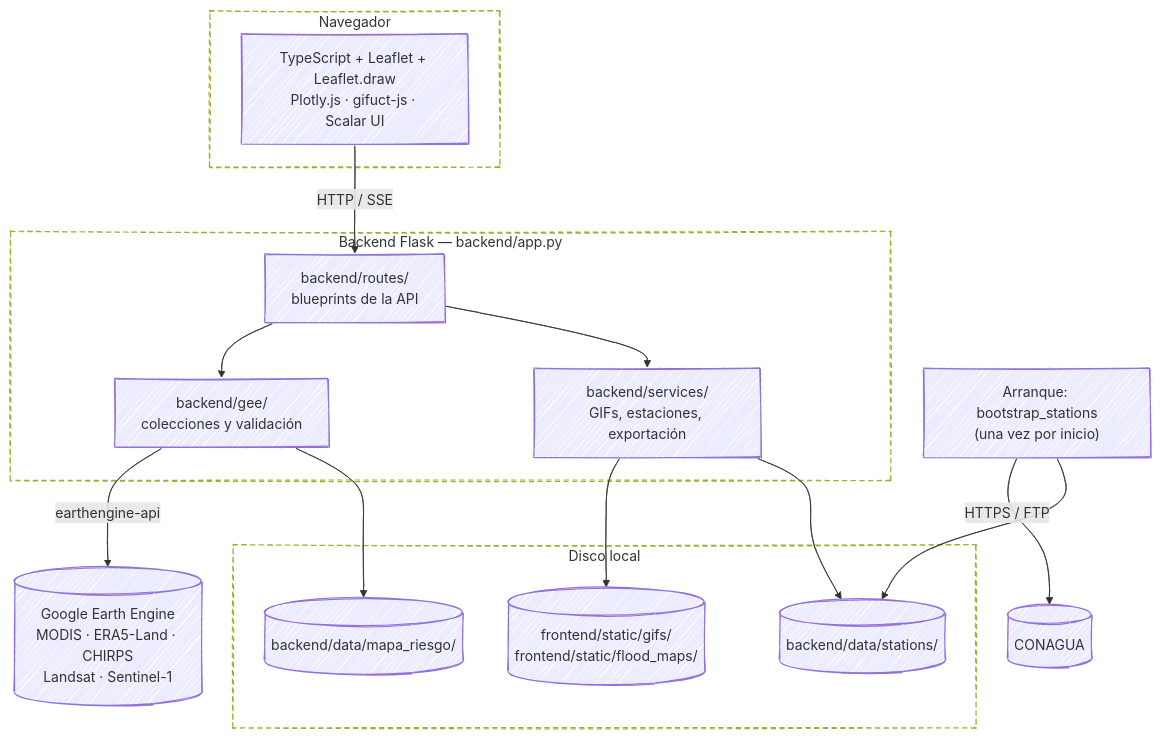
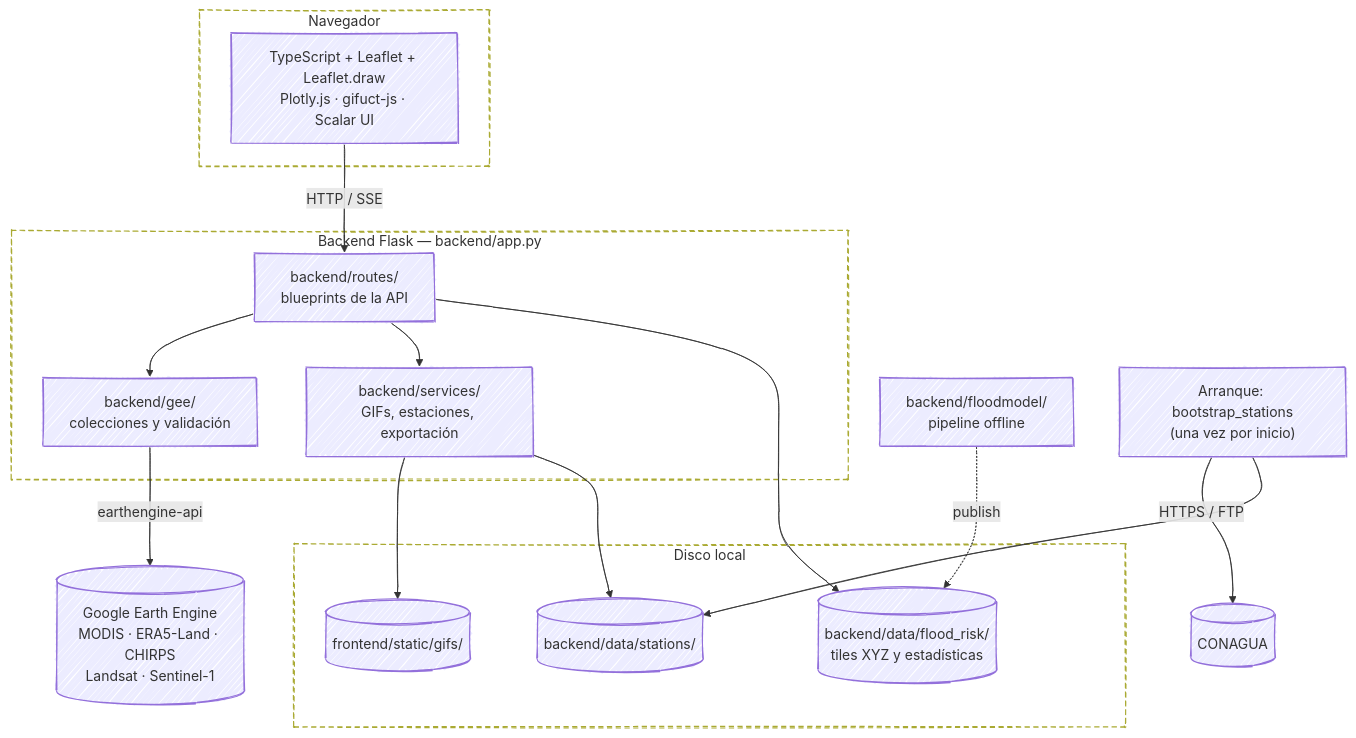
Before and after one commit to ElGuill3/distributionMapApp: the fifth of 7 diagrams in README.md, drawn with Mermaid. The commit also changed other lines of this file and 34 other files, not shown here.

First line of the commit message:
refactor(flood-risk)!: retire the per-municipality FHI risk maps

````diff
--- a/README.md
+++ b/README.md
@@ -333,32 +333,33 @@
 ```mermaid
 ---
 config:
   look: handDrawn
 ---
 flowchart TB
     subgraph browser["Navegador"]
         ui["TypeScript + Leaflet + Leaflet.draw<br/>Plotly.js · gifuct-js · Scalar UI"]
     end
     subgraph flask["Backend Flask — backend/app.py"]
         routes["backend/routes/<br/>blueprints de la API"]
         gee["backend/gee/<br/>colecciones y validación"]
         services["backend/services/<br/>GIFs, estaciones, exportación"]
         routes --> gee
         routes --> services
     end
     subgraph disk["Disco local"]
-        gifs[("frontend/static/gifs/<br/>frontend/static/flood_maps/")]
+        gifs[("frontend/static/gifs/")]
         stations[("backend/data/stations/")]
-        fhi[("backend/data/mapa_riesgo/")]
+        fhi[("backend/data/flood_risk/<br/>tiles XYZ y estadísticas")]
     end
     ui -- "HTTP / SSE" --> routes
     gee -- earthengine-api --> earth[("Google Earth Engine<br/>MODIS · ERA5-Land · CHIRPS<br/>Landsat · Sentinel-1")]
     services --> gifs
     services --> stations
-    gee --> fhi
+    routes --> fhi
+    pipeline["backend/floodmodel/<br/>pipeline offline"] -. "publish" .-> fhi
     boot["Arranque: bootstrap_stations<br/>(una vez por inicio)"] -- "HTTPS / FTP" --> conagua[("CONAGUA")]
     boot --> stations
     style browser fill:transparent,stroke-dasharray:6 4
     style flask fill:transparent,stroke-dasharray:6 4
     style disk fill:transparent,stroke-dasharray:6 4
 ```
````
